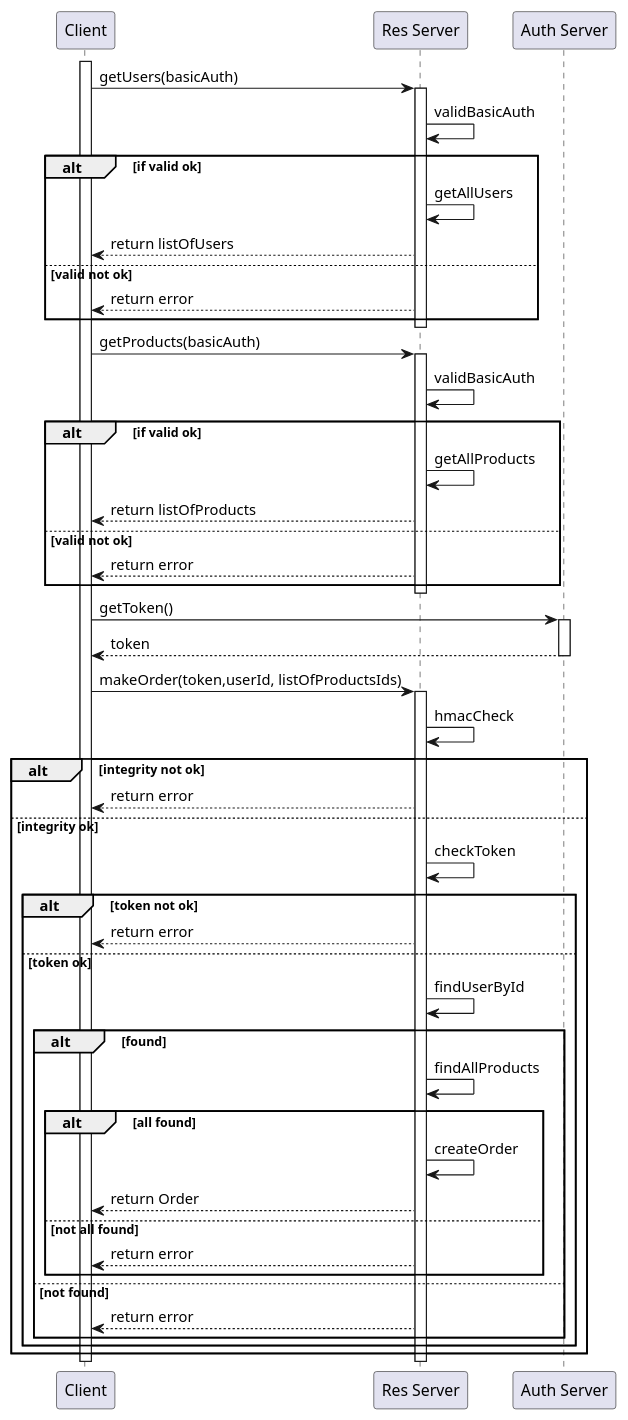
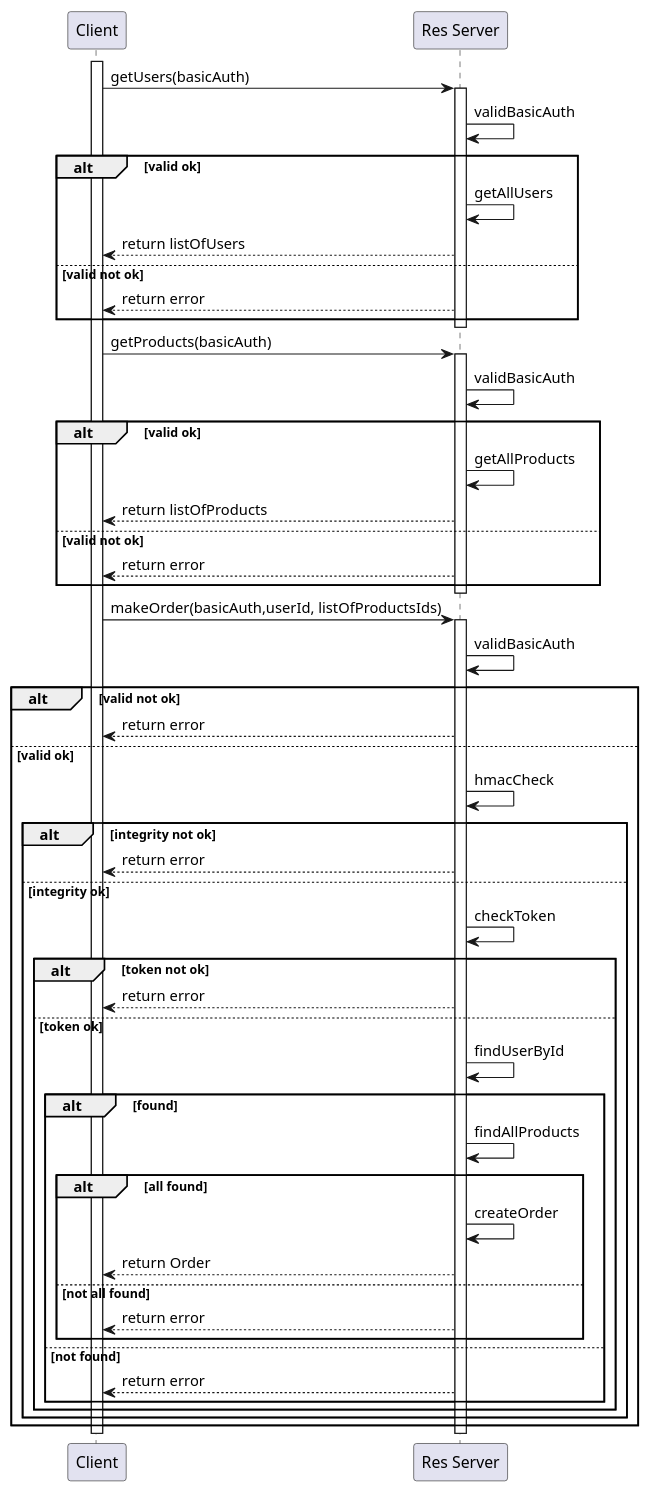
One commit to BartoszKurczyk/pba_project_github changed the diagram in src/main/resources/puml/makeOrder.puml. Above: the diagram before and after it, drawn with PlantUML. The commit also changed 49 other files, not shown here.

```diff
--- a/src/main/resources/puml/makeOrder.puml
+++ b/src/main/resources/puml/makeOrder.puml
@@ -1,58 +1,64 @@
 @startuml
 'https://plantuml.com/sequence-diagram
 
 activate Client
 Client->"Res Server":getUsers(basicAuth)
 activate "Res Server"
 "Res Server"->"Res Server":validBasicAuth
-alt if valid ok
+alt valid ok
     "Res Server"->"Res Server":getAllUsers
     "Res Server"-->Client:return listOfUsers
 else valid not ok
     "Res Server"-->Client: return error
 end
 deactivate "Res Server"
 
 Client->"Res Server":getProducts(basicAuth)
 activate "Res Server"
 "Res Server"->"Res Server":validBasicAuth
-alt if valid ok
+alt valid ok
     "Res Server"->"Res Server":getAllProducts
     "Res Server"-->Client:return listOfProducts
 else valid not ok
     "Res Server"-->Client: return error
 end
 deactivate "Res Server"
 
-Client -> "Auth Server": getToken()
-activate "Auth Server"
-"Auth Server" --> Client: token
-deactivate "Auth Server"
-Client -> "Res Server": makeOrder(token,userId, listOfProductsIds)
+
+
+Client -> "Res Server": makeOrder(basicAuth,userId, listOfProductsIds)
 activate "Res Server"
-"Res Server" -> "Res Server": hmacCheck
-alt integrity not ok
-"Res Server"-->Client: return error
-else integrity ok
-    "Res Server" -> "Res Server": checkToken
-    alt token not ok
-        "Res Server" --> Client: return error
-    else token ok
-        "Res Server" -> "Res Server": findUserById
-        alt found
-            "Res Server" -> "Res Server":findAllProducts
-            alt all found
-                "Res Server" -> "Res Server": createOrder
-                "Res Server" --> Client: return Order
-            else not all found
-                "Res Server" --> Client:return error
+"Res Server"->"Res Server":validBasicAuth
+alt valid not ok
+    "Res Server"-->Client: return error
+else valid ok
+    "Res Server" -> "Res Server": hmacCheck
+        alt integrity not ok
+        "Res Server"-->Client: return error
+        else integrity ok
+            "Res Server" -> "Res Server": checkToken
+            alt token not ok
+                "Res Server" --> Client: return error
+            else token ok
+                "Res Server" -> "Res Server": findUserById
+                alt found
+                    "Res Server" -> "Res Server":findAllProducts
+                    alt all found
+                        "Res Server" -> "Res Server": createOrder
+                        "Res Server" --> Client: return Order
+                    else not all found
+                        "Res Server" --> Client:return error
+                    end
+                else not found
+                    "Res Server" --> Client: return error
+                end
             end
-        else not found
-            "Res Server" --> Client: return error
         end
-    end
 end
+
+
+
 
 deactivate "Res Server"
 deactivate Client
 @enduml
```
